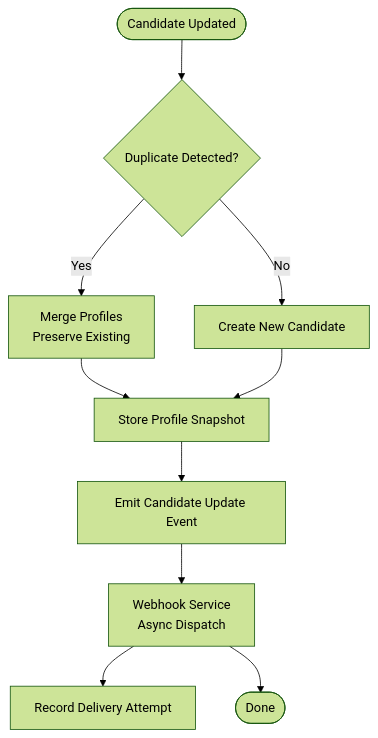
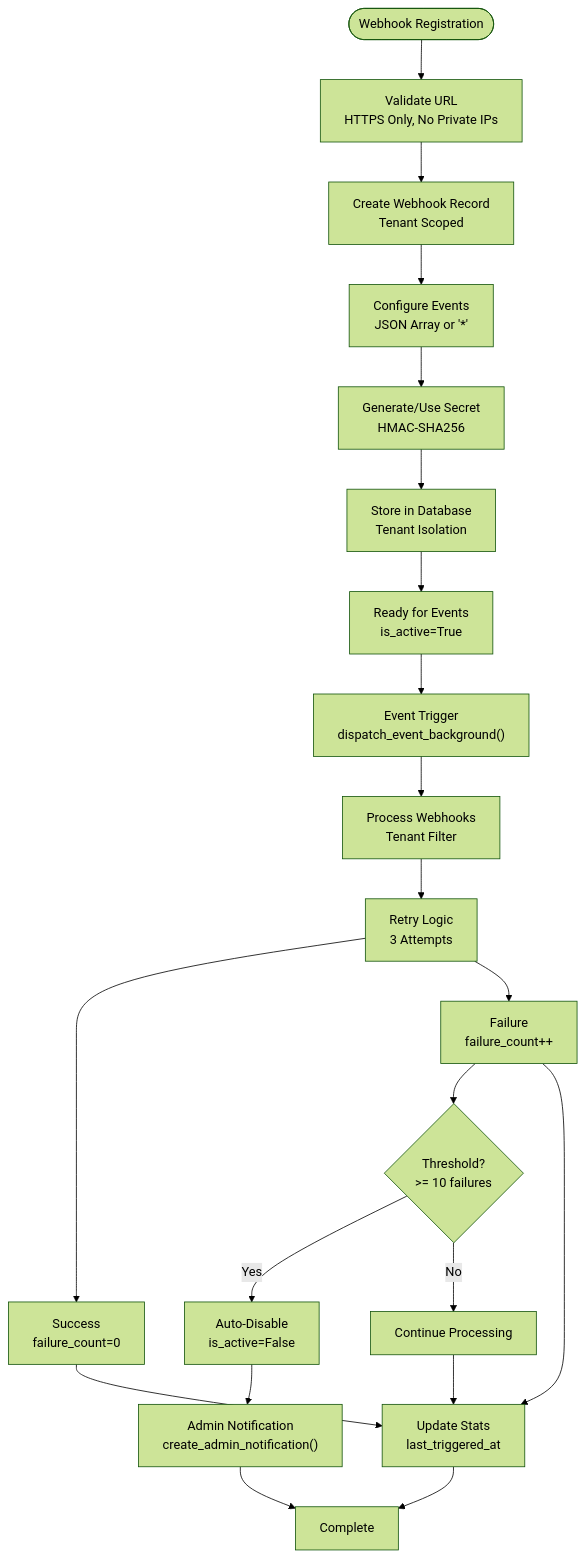
Before and after one commit to Revanththetalogics/aireume: the fourth of 6 diagrams in .qoder/repowiki/en/content/Advanced Topics/Integration Patterns/Webhook Systems.md, drawn with Mermaid (forest theme). The commit also changed other lines of this file and 13 other files, not shown here.

````diff
--- a/.qoder/repowiki/en/content/Advanced Topics/Integration Patterns/Webhook Systems.md
+++ b/.qoder/repowiki/en/content/Advanced Topics/Integration Patterns/Webhook Systems.md
@@ -230,12 +247,23 @@
 ```mermaid
 flowchart TD
-Start(["Candidate Updated"]) --> Dedup{"Duplicate Detected?"}
-Dedup --> |Yes| Merge["Merge Profiles<br/>Preserve Existing"]
-Dedup --> |No| Create["Create New Candidate"]
-Merge --> Store["Store Profile Snapshot"]
-Create --> Store
-Store --> Emit["Emit Candidate Update Event"]
-Emit --> WS["Webhook Service<br/>Async Dispatch"]
-WS --> DB["Record Delivery Attempt"]
-WS --> End(["Done"])
+Start(["Webhook Registration"]) --> Validate["Validate URL<br/>HTTPS Only, No Private IPs"]
+Validate --> Create["Create Webhook Record<br/>Tenant Scoped"]
+Create --> Events["Configure Events<br/>JSON Array or '*'"]
+Events --> Secret["Generate/Use Secret<br/>HMAC-SHA256"]
+Secret --> Store["Store in Database<br/>Tenant Isolation"]
+Store --> Ready["Ready for Events<br/>is_active=True"]
+Ready --> Dispatch["Event Trigger<br/>dispatch_event_background()"]
+Dispatch --> Process["Process Webhooks<br/>Tenant Filter"]
+Process --> Retry["Retry Logic<br/>3 Attempts"]
+Retry --> Success["Success<br/>failure_count=0"]
+Retry --> Failure["Failure<br/>failure_count++"]
+Failure --> Threshold{"Threshold?<br/>>= 10 failures"}
+Success --> StoreStats["Update Stats<br/>last_triggered_at"]
+Failure --> StoreStats
+Threshold --> |Yes| Disable["Auto-Disable<br/>is_active=False"]
+Threshold --> |No| Continue["Continue Processing"]
+Disable --> Notify["Admin Notification<br/>create_admin_notification()"]
+Continue --> StoreStats
+Notify --> Complete["Complete"]
+StoreStats --> Complete
 ```
````
